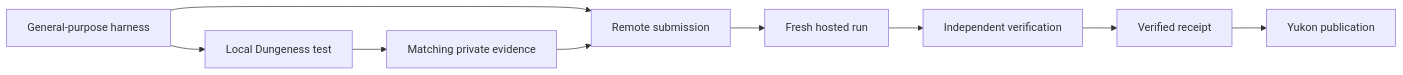
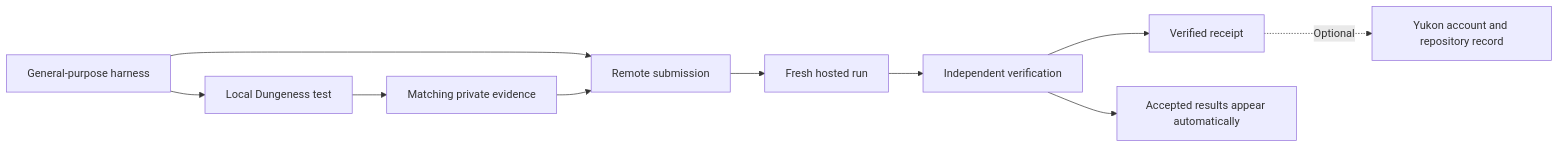
Before and after one commit to Layr-Labs/openrsi-space: the diagram in docs/architecture.md, drawn with Mermaid. The commit also changed other lines of this file and 3 other files, not shown here.

Commit message:
Make optional Yukon publication consistent across solver docs

````diff
--- a/docs/architecture.md
+++ b/docs/architecture.md
@@ -27,11 +28,12 @@
 ```mermaid
 flowchart LR
     Source[General-purpose harness] --> Local[Local Dungeness test]
     Local --> Evidence[Matching private evidence]
     Source --> Submit[Remote submission]
     Evidence --> Submit
     Submit --> Hosted[Fresh hosted run]
     Hosted --> Verify[Independent verification]
     Verify --> Receipt[Verified receipt]
-    Receipt --> Yukon[Yukon publication]
+    Verify --> Dashboard[Accepted results appear automatically]
+    Receipt -. Optional .-> Yukon[Yukon account and repository record]
 ```
````
